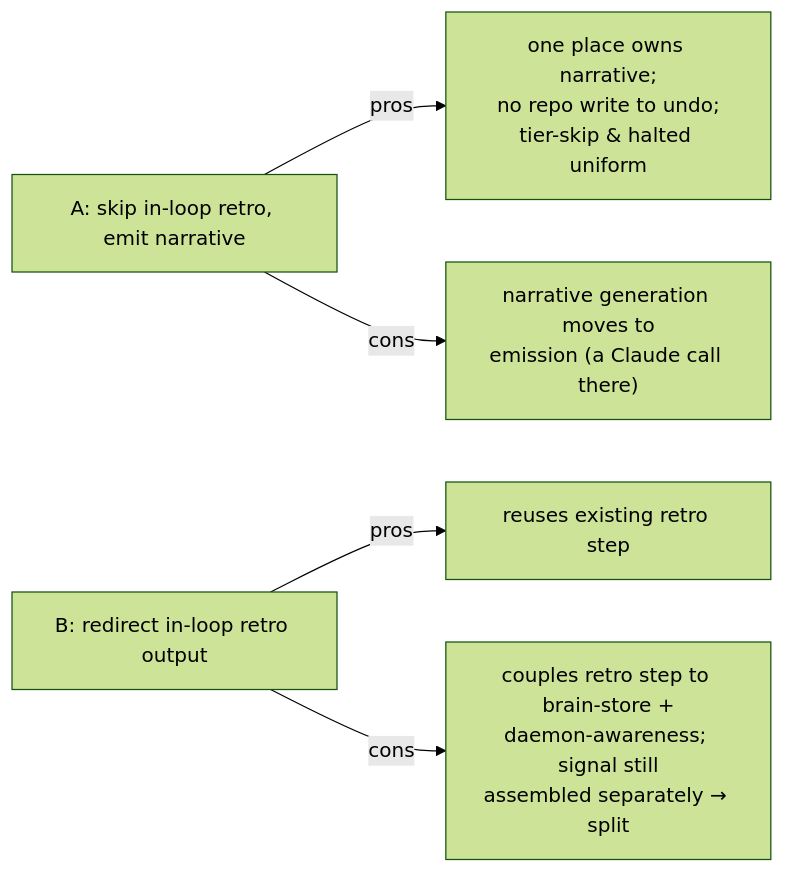
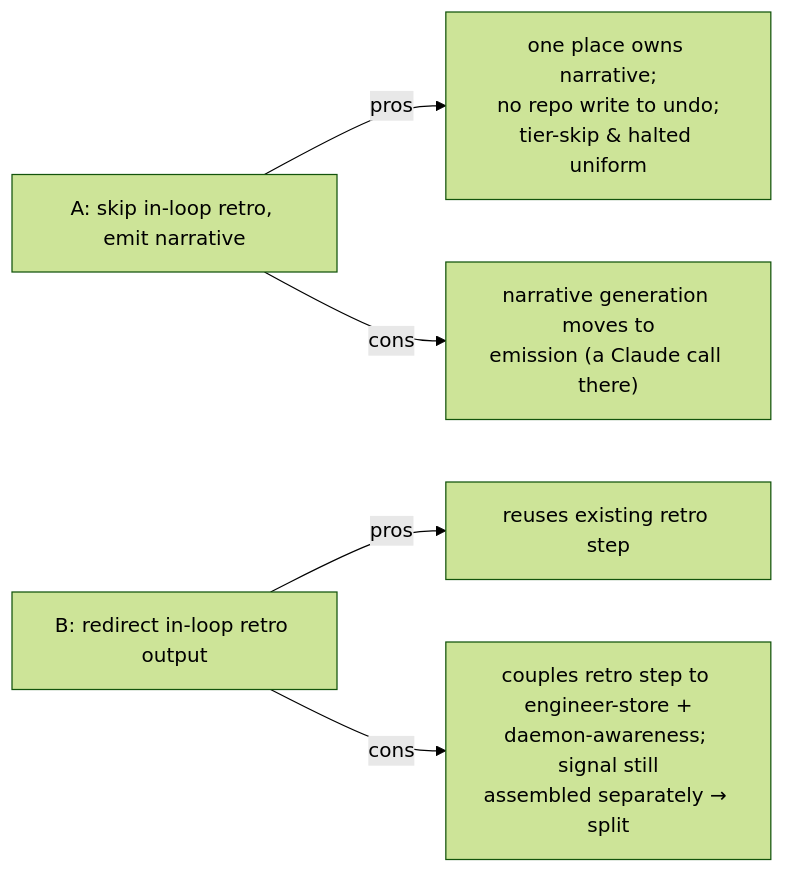
The third of 3 diagrams in .docs/architecture/2026-06-25-phase-9.1-emission-path.md (jstoup111/ai-conductor), drawn with Mermaid (forest theme) before and after one commit. The commit also changed other lines of this file and 25 other files, not shown here.

First line of the commit message:
refactor(conduct-ts): sweep "brain" → "engineer" in .docs historical records

````diff
--- a/.docs/architecture/2026-06-25-phase-9.1-emission-path.md
+++ b/.docs/architecture/2026-06-25-phase-9.1-emission-path.md
@@ -96,7 +96,7 @@
 ```mermaid
 graph LR
     A["A: skip in-loop retro, emit narrative"] -->|pros| A1["one place owns narrative;<br/>no repo write to undo;<br/>tier-skip & halted uniform"]
     A -->|cons| A2["narrative generation moves to<br/>emission (a Claude call there)"]
     B["B: redirect in-loop retro output"] -->|pros| B1["reuses existing retro step"]
-    B -->|cons| B2["couples retro step to brain-store +<br/>daemon-awareness; signal still<br/>assembled separately → split"]
+    B -->|cons| B2["couples retro step to engineer-store +<br/>daemon-awareness; signal still<br/>assembled separately → split"]
 ```
````
